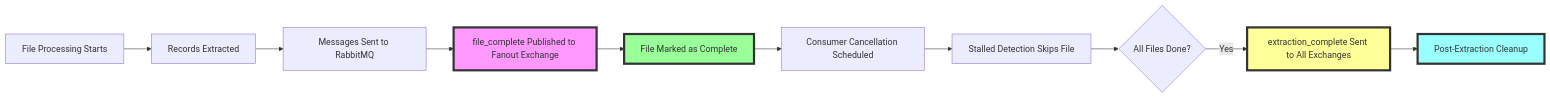
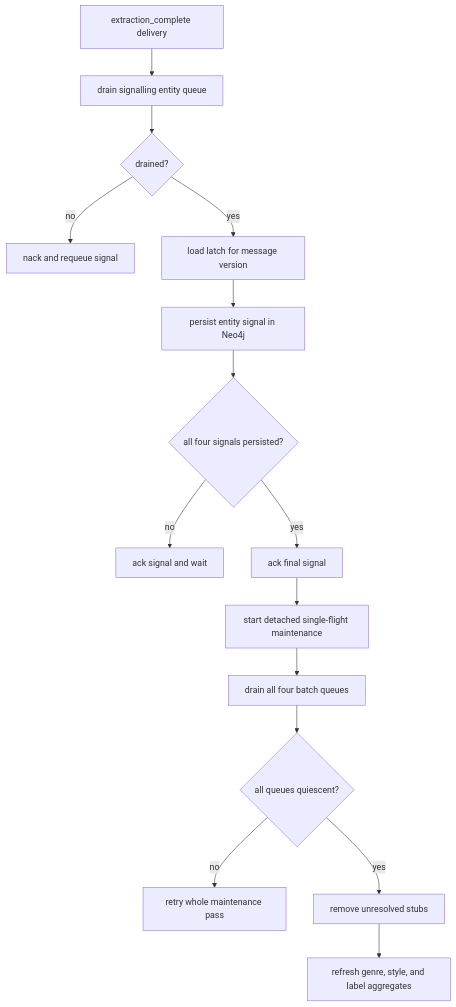
Before and after one commit to groovemap-music/discogs-graph-enricher: the diagram in docs/file-completion-tracking.md, drawn with Mermaid. The commit also changed other lines of this file and 10 other files, not shown here.

Commit message:
docs(graph): reconcile operations guidance

````diff
--- a/docs/file-completion-tracking.md
+++ b/docs/file-completion-tracking.md
@@ -23,17 +24,17 @@
 ```mermaid
-graph LR
-    A[File Processing Starts] --> B[Records Extracted]
-    B --> C[Messages Sent to RabbitMQ]
-    C --> D[file_complete Published to Fanout Exchange]
-    D --> E[File Marked as Complete]
-    E --> F[Consumer Cancellation Scheduled]
-    F --> G[Stalled Detection Skips File]
-    G --> H{All Files Done?}
-    H -->|Yes| I[extraction_complete Sent to All Exchanges]
-    I --> J[Post-Extraction Cleanup]
-
-    style D fill:#f9f,stroke:#333,stroke-width:4px
-    style E fill:#9f9,stroke:#333,stroke-width:4px
-    style I fill:#ff9,stroke:#333,stroke-width:4px
-    style J fill:#9ff,stroke:#333,stroke-width:4px
+flowchart TD
+    A[extraction_complete delivery] --> B[drain signalling entity queue]
+    B --> C{drained?}
+    C -->|no| D[nack and requeue signal]
+    C -->|yes| E[load latch for message version]
+    E --> F[persist entity signal in Neo4j]
+    F --> G{all four signals persisted?}
+    G -->|no| H[ack signal and wait]
+    G -->|yes| I[ack final signal]
+    I --> J[start detached single-flight maintenance]
+    J --> K[drain all four batch queues]
+    K --> L{all queues quiescent?}
+    L -->|no| M[retry whole maintenance pass]
+    L -->|yes| N[remove unresolved stubs]
+    N --> O[refresh genre, style, and label aggregates]
 ```
````
